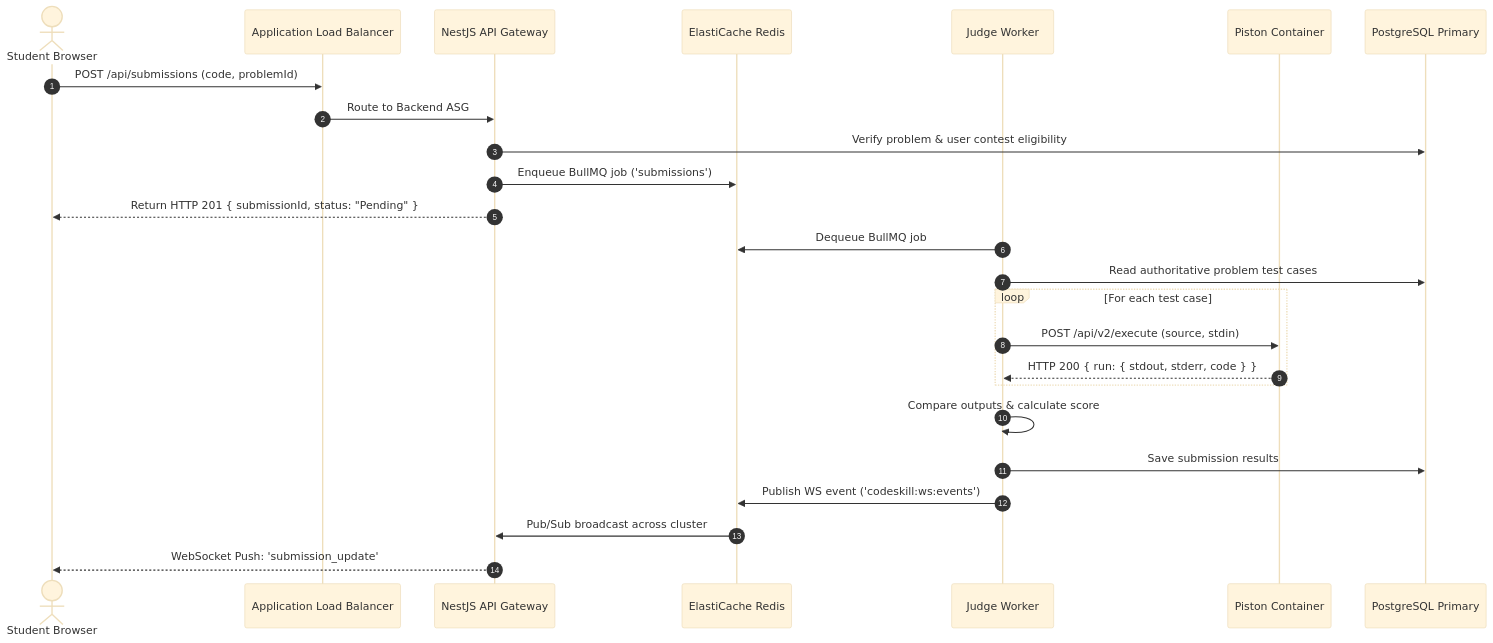
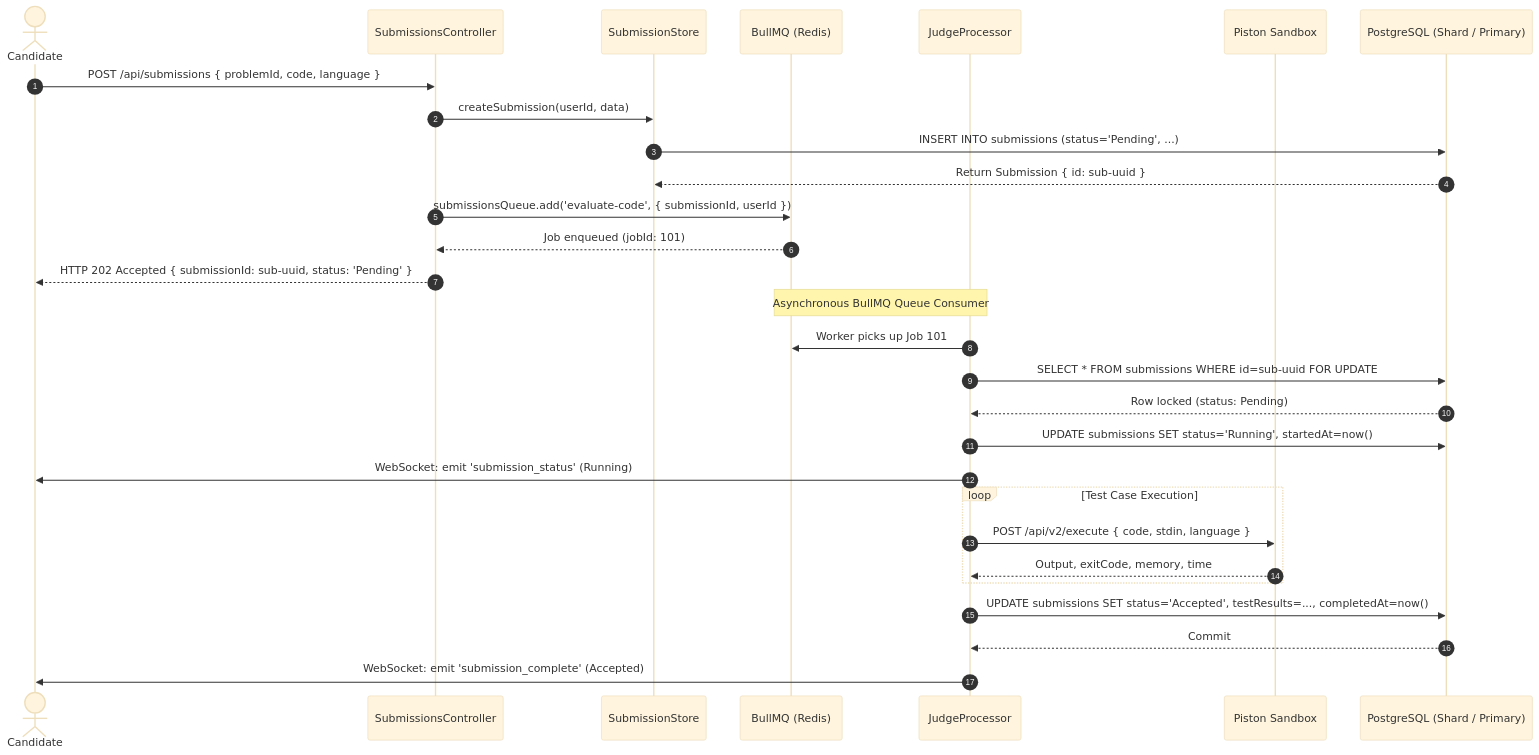
One commit to Abhinavvlog/codeskill changed the sixth of 9 diagrams in engineering-audit/02_ARCHITECTURE_ANALYSIS.md. Above: the diagram before and after it, drawn with Mermaid (base theme). The commit also changed other lines of this file and 13 other files, not shown here.

````diff
--- a/engineering-audit/02_ARCHITECTURE_ANALYSIS.md
+++ b/engineering-audit/02_ARCHITECTURE_ANALYSIS.md
@@ -81,29 +288,35 @@
 ```mermaid
 sequenceDiagram
     autonumber
-    actor Student as Student Browser
-    participant ALB as Application Load Balancer
-    participant API as NestJS API Gateway
-    participant Redis as ElastiCache Redis
-    participant Worker as Judge Worker
-    participant Piston as Piston Container
-    participant DB as PostgreSQL Primary
+    actor Student as Candidate
+    participant API as SubmissionsController
+    participant SubStore as SubmissionStore
+    participant Queue as BullMQ (Redis)
+    participant Worker as JudgeProcessor
+    participant Piston as Piston Sandbox
+    participant DB as PostgreSQL (Shard / Primary)
 
-    Student->>ALB: POST /api/submissions (code, problemId)
-    ALB->>API: Route to Backend ASG
-    API->>DB: Verify problem & user contest eligibility
-    API->>Redis: Enqueue BullMQ job ('submissions')
-    API-->>Student: Return HTTP 201 { submissionId, status: "Pending" }
-    
-    Worker->>Redis: Dequeue BullMQ job
-    Worker->>DB: Read authoritative problem test cases
-    loop For each test case
-        Worker->>Piston: POST /api/v2/execute (source, stdin)
-        Piston-->>Worker: HTTP 200 { run: { stdout, stderr, code } }
+    Student->>API: POST /api/submissions { problemId, code, language }
+    API->>SubStore: createSubmission(userId, data)
+    SubStore->>DB: INSERT INTO submissions (status='Pending', ...)
+    DB-->>SubStore: Return Submission { id: sub-uuid }
+    API->>Queue: submissionsQueue.add('evaluate-code', { submissionId, userId })
+    Queue-->>API: Job enqueued (jobId: 101)
+    API-->>Student: HTTP 202 Accepted { submissionId: sub-uuid, status: 'Pending' }
+
+    Note over Queue,Worker: Asynchronous BullMQ Queue Consumer
+    Worker->>Queue: Worker picks up Job 101
+    Worker->>DB: SELECT * FROM submissions WHERE id=sub-uuid FOR UPDATE
+    DB-->>Worker: Row locked (status: Pending)
+    Worker->>DB: UPDATE submissions SET status='Running', startedAt=now()
+    Worker->>Student: WebSocket: emit 'submission_status' (Running)
+
+    loop Test Case Execution
+        Worker->>Piston: POST /api/v2/execute { code, stdin, language }
+        Piston-->>Worker: Output, exitCode, memory, time
     end
-    Worker->>Worker: Compare outputs & calculate score
-    Worker->>DB: Save submission results
-    Worker->>Redis: Publish WS event ('codeskill:ws:events')
-    Redis->>API: Pub/Sub broadcast across cluster
-    API-->>Student: WebSocket Push: 'submission_update'
+
+    Worker->>DB: UPDATE submissions SET status='Accepted', testResults=..., completedAt=now()
+    DB-->>Worker: Commit
+    Worker->>Student: WebSocket: emit 'submission_complete' (Accepted)
 ```
````
